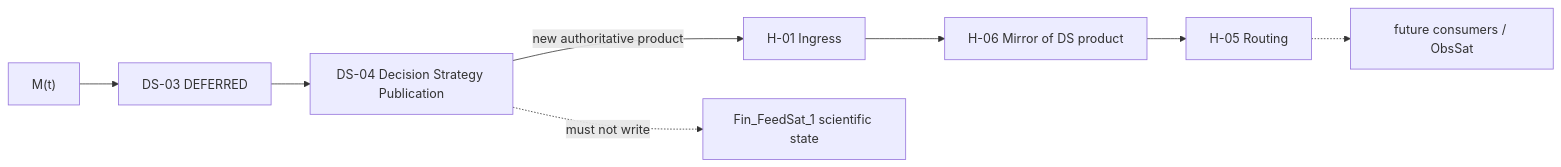
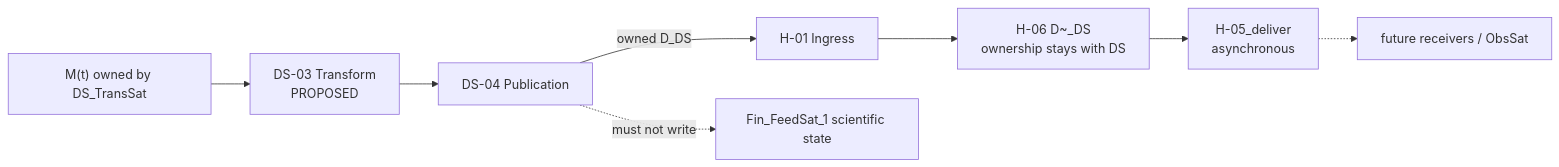
One commit to srao977/HACCAM changed the seventh of 8 diagrams in docs/design/HACCAM_PROCESS_MODEL_V0_1_090726.md. Above: the diagram before and after it, drawn with Mermaid. The commit also changed other lines of this file, not shown here.

````diff
--- a/docs/design/HACCAM_PROCESS_MODEL_V0_1_090726.md
+++ b/docs/design/HACCAM_PROCESS_MODEL_V0_1_090726.md
@@ -1272,10 +1669,10 @@
 ```mermaid
 flowchart LR
-    MT["M(t)"] --> NN["DS-03 DEFERRED"]
-    NN --> DS4["DS-04 Decision Strategy Publication"]
-    DS4 -->|"new authoritative product"| H01["H-01 Ingress"]
-    H01 --> H06["H-06 Mirror of DS product"]
-    H06 --> H05["H-05 Routing"]
-    H05 -.-> FUT["future consumers / ObsSat"]
+    MT["M(t) owned by DS_TransSat"] --> DS03["DS-03 Transform<br/>PROPOSED"]
+    DS03 --> DS4["DS-04 Publication"]
+    DS4 -->|"owned D_DS"| H01["H-01 Ingress"]
+    H01 --> H06["H-06 D~_DS<br/>ownership stays with DS"]
+    H06 --> H05D["H-05_deliver<br/>asynchronous"]
+    H05D -.-> FUT["future receivers / ObsSat"]
     DS4 -.->|"must not write"| FS["Fin_FeedSat_1 scientific state"]
 ```
````
